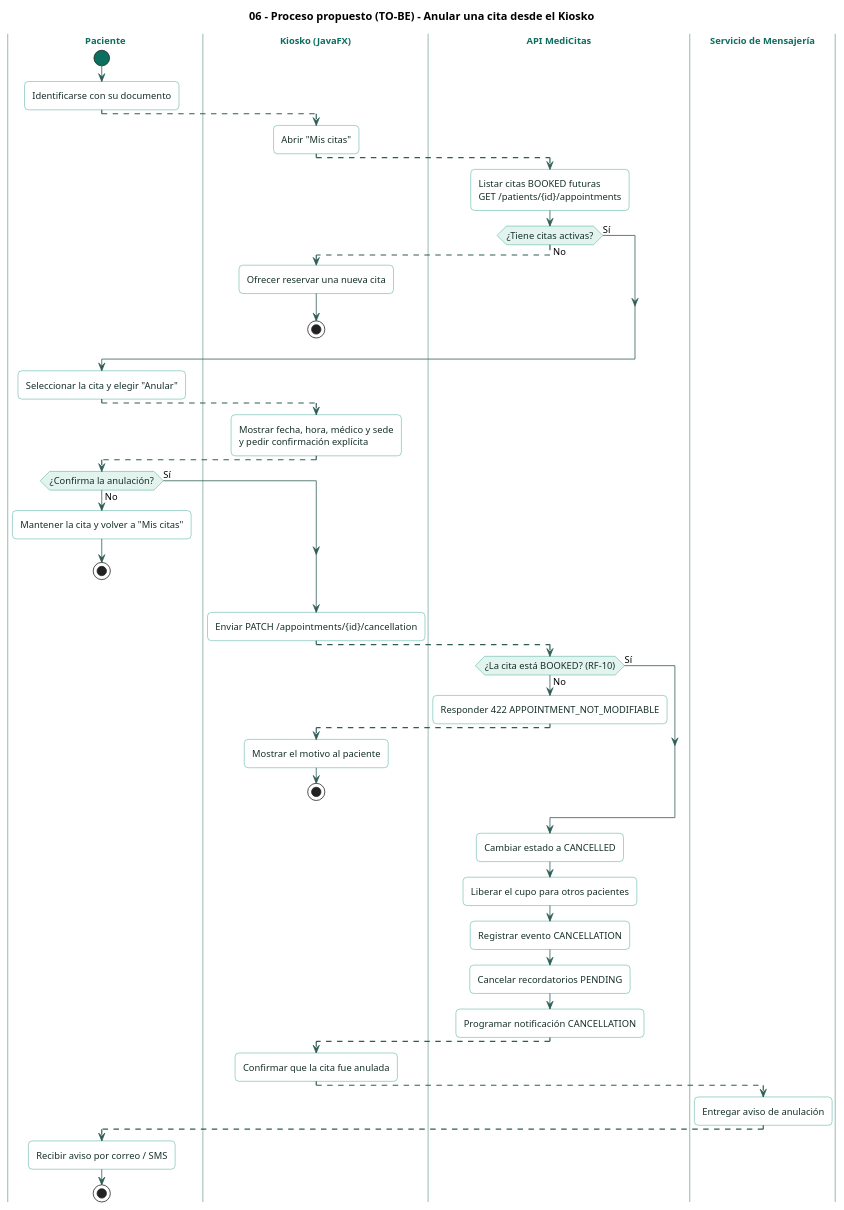
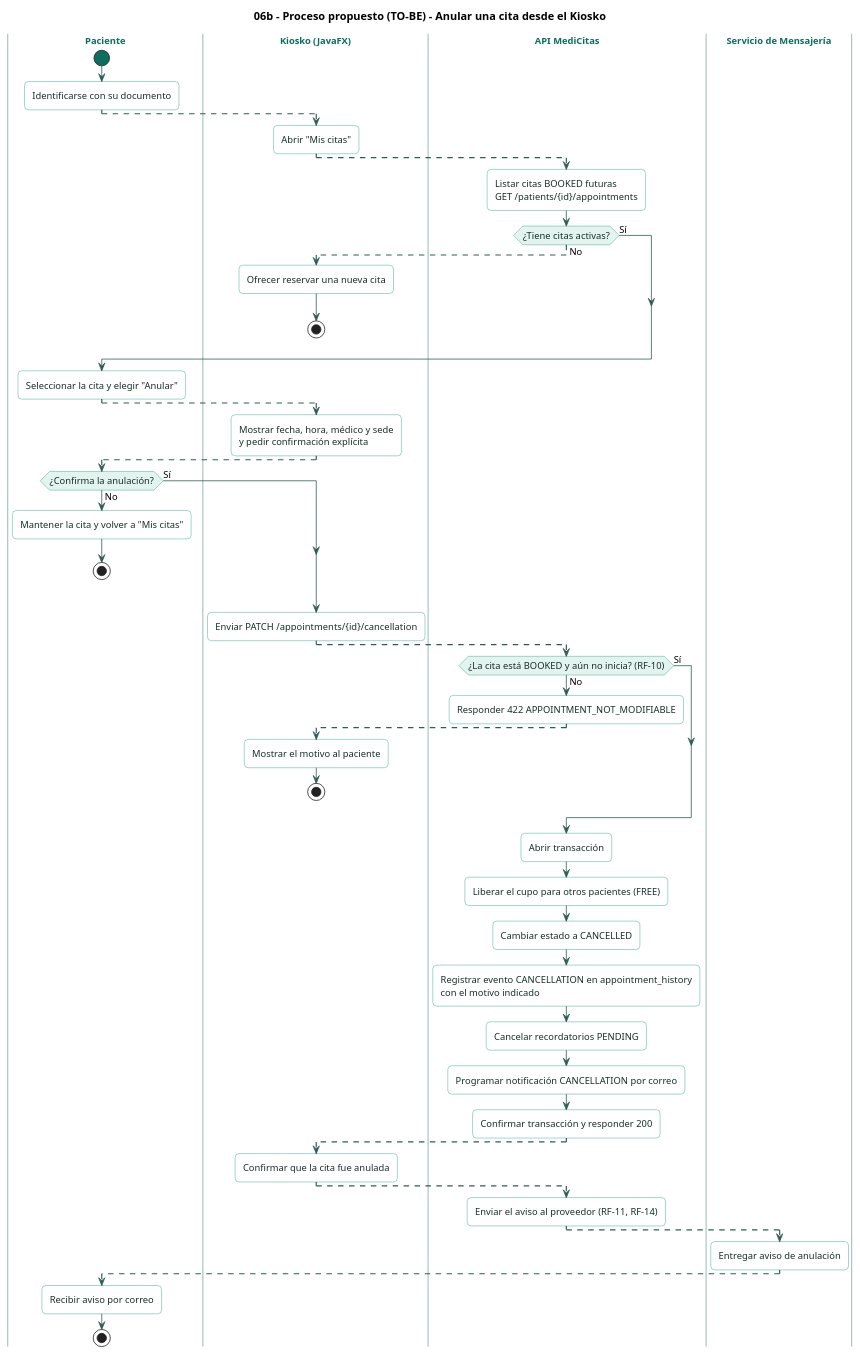
The diagram in docs/diagrams/06-process-cancellation.puml (Jimena-CC/ProyectoCitasMedicas), drawn with PlantUML before and after one commit. The commit also changed 6 other files, not shown here.

First line of the commit message:
docs(diagrams): corregir procesos y agregar atención del médico y ventanilla

```diff
--- a/docs/diagrams/06-process-cancellation.puml
+++ b/docs/diagrams/06-process-cancellation.puml
@@ -1,105 +1,111 @@
 @startuml
-title 06 - Proceso propuesto (TO-BE) - Anular una cita desde el Kiosko
+title 06b - Proceso propuesto (TO-BE) - Anular una cita desde el Kiosko
 
 skinparam shadowing false
 skinparam roundCorner 10
 skinparam defaultFontName "Helvetica"
 skinparam defaultFontSize 12
 skinparam ArrowColor #2F5D56
 skinparam SwimlaneBorderColor #A9C4BD
 skinparam SwimlaneTitleFontColor #0C6E5F
 skinparam SwimlaneTitleFontStyle bold
 skinparam activity {
   BackgroundColor #FFFFFF
   BorderColor #13917D
   FontColor #17302B
   DiamondBackgroundColor #E3F4EF
   DiamondBorderColor #13917D
   StartColor #0C6E5F
   EndColor #0C6E5F
 }
 skinparam note {
   BackgroundColor #FFF8E6
   BorderColor #D9B45A
   FontColor #3D3321
 }
 
 ' Orden de los carriles
 |Paciente|
 |Kiosko (JavaFX)|
 |API MediCitas|
 |Servicio de Mensajería|
 
 |Paciente|
 start
 :Identificarse con su documento;
 -[#2F5D56,dashed]->
 
 |Kiosko (JavaFX)|
 :Abrir "Mis citas";
 -[#2F5D56,dashed]->
 
 |API MediCitas|
 :Listar citas BOOKED futuras
 GET /patients/{id}/appointments;
 
 if (¿Tiene citas activas?) then (No)
   -[#2F5D56,dashed]->
   |Kiosko (JavaFX)|
   :Ofrecer reservar una nueva cita;
   stop
 else (Sí)
 endif
 -[#2F5D56,dashed]->
 
 |Paciente|
 :Seleccionar la cita y elegir "Anular";
 -[#2F5D56,dashed]->
 
 |Kiosko (JavaFX)|
 :Mostrar fecha, hora, médico y sede\ny pedir confirmación explícita;
 -[#2F5D56,dashed]->
 
 |Paciente|
 if (¿Confirma la anulación?) then (No)
   :Mantener la cita y volver a "Mis citas";
   stop
 else (Sí)
 endif
 -[#2F5D56,dashed]->
 
 |Kiosko (JavaFX)|
 :Enviar PATCH /appointments/{id}/cancellation;
 -[#2F5D56,dashed]->
 
 |API MediCitas|
-if (¿La cita está BOOKED? (RF-10)) then (No)
+if (¿La cita está BOOKED y aún no inicia? (RF-10)) then (No)
   :Responder 422 APPOINTMENT_NOT_MODIFIABLE;
   -[#2F5D56,dashed]->
   |Kiosko (JavaFX)|
   :Mostrar el motivo al paciente;
   stop
 else (Sí)
 endif
 
 |API MediCitas|
+:Abrir transacción;
+:Liberar el cupo para otros pacientes (FREE);
 :Cambiar estado a CANCELLED;
-:Liberar el cupo para otros pacientes;
-:Registrar evento CANCELLATION;
+:Registrar evento CANCELLATION en appointment_history\ncon el motivo indicado;
 :Cancelar recordatorios PENDING;
-:Programar notificación CANCELLATION;
+:Programar notificación CANCELLATION por correo;
+:Confirmar transacción y responder 200;
 -[#2F5D56,dashed]->
 
 |Kiosko (JavaFX)|
 :Confirmar que la cita fue anulada;
+-[#2F5D56,dashed]->
+
+|API MediCitas|
+:Enviar el aviso al proveedor (RF-11, RF-14);
 -[#2F5D56,dashed]->
 
 |Servicio de Mensajería|
 :Entregar aviso de anulación;
 -[#2F5D56,dashed]->
 
 |Paciente|
-:Recibir aviso por correo / SMS;
+:Recibir aviso por correo;
 stop
 
 @enduml
```
